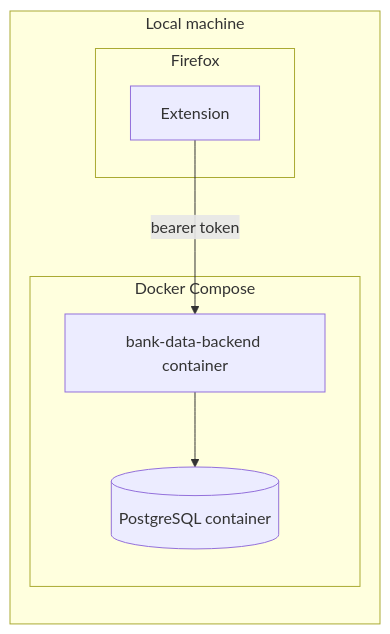
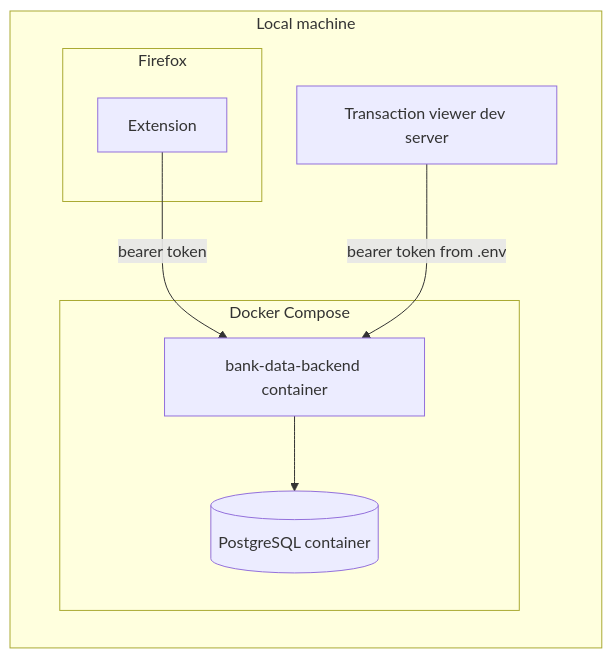
Before and after one commit to lennartmoeller/finance-tracker: the fifth of 5 diagrams in docs/architecture.md, drawn with Mermaid. The commit also changed other lines of this file and 46 other files, not shown here.

Commit message:
feat!: extract transactions and show them in the transaction viewer (#24)

````diff
--- a/docs/architecture.md
+++ b/docs/architecture.md
@@ -139,14 +145,16 @@
 ```mermaid
 flowchart LR
   subgraph machine["Local machine"]
     subgraph compose["Docker Compose"]
       be["bank-data-backend container"]
       pg[("PostgreSQL container")]
     end
     subgraph browser["Firefox"]
       ext["Extension"]
     end
+    viewer["Transaction viewer dev server"]
   end
   ext -- "bearer token" --> be
+  viewer -- "bearer token from .env" --> be
   be --> pg
 ```
````
